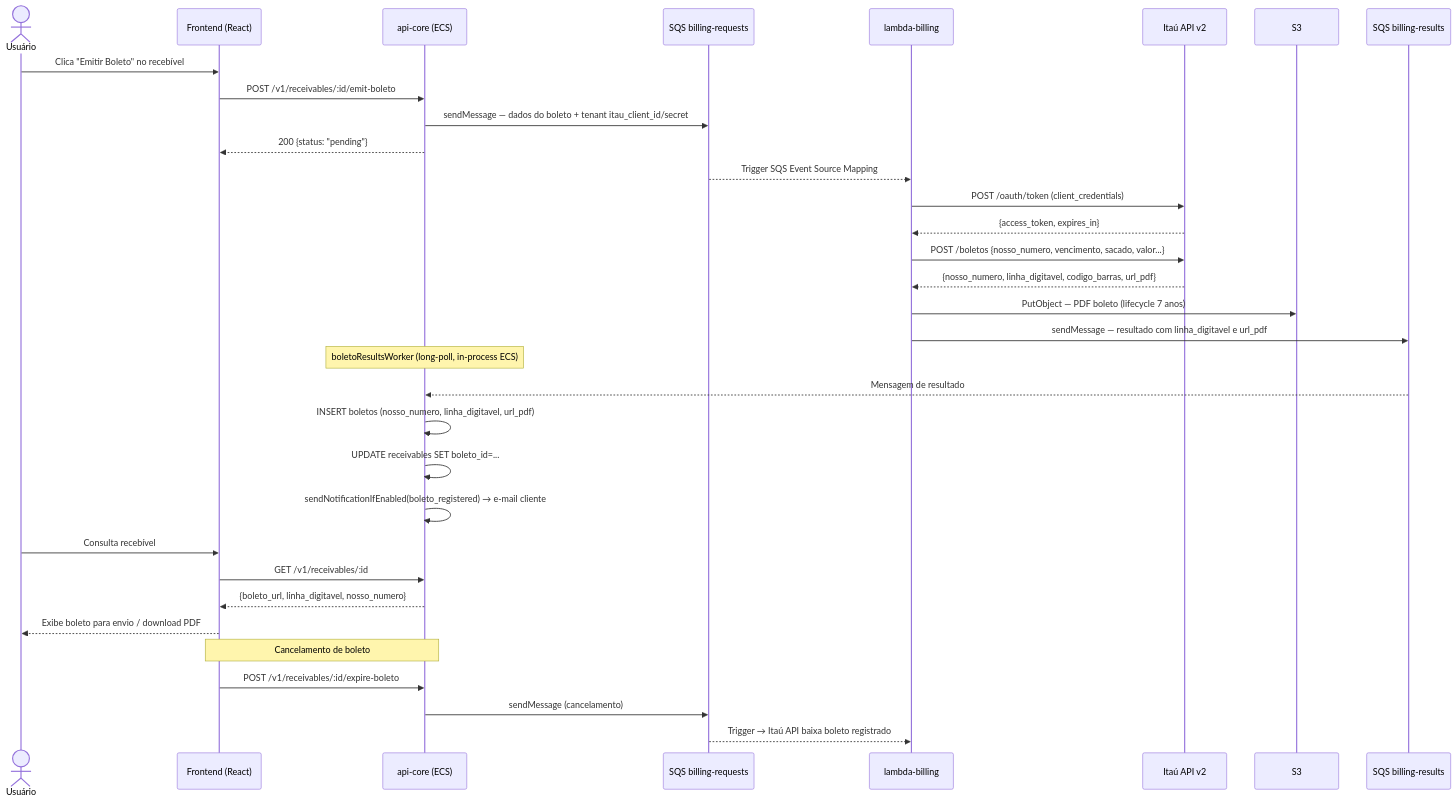
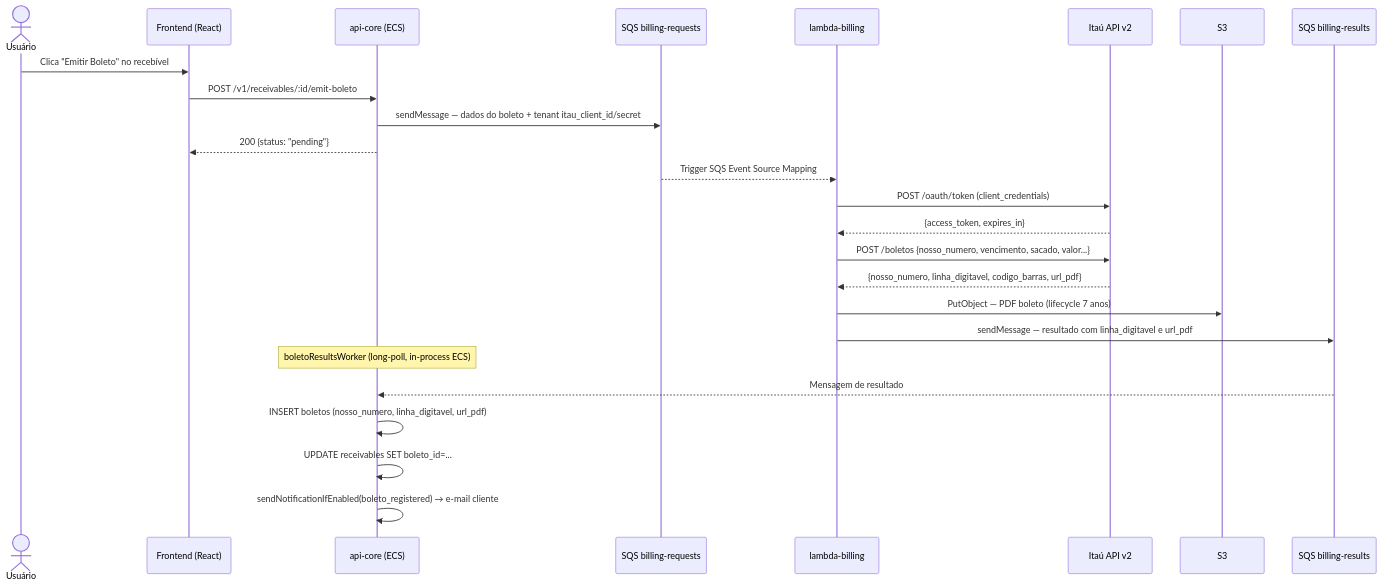
Before and after one commit to gercenioxsilva/erp-lite: the seventh of 9 diagrams in README.md, drawn with Mermaid. The commit also changed other lines of this file, not shown here.

````diff
--- a/README.md
+++ b/README.md
@@ -390,40 +428,30 @@
 ```mermaid
 sequenceDiagram
     actor U as Usuário
     participant F as Frontend (React)
     participant A as api-core (ECS)
     participant Q as SQS billing-requests
     participant L as lambda-billing
     participant I as Itaú API v2
     participant S3
     participant R as SQS billing-results
 
     U->>F: Clica "Emitir Boleto" no recebível
     F->>A: POST /v1/receivables/:id/emit-boleto
     A->>Q: sendMessage — dados do boleto + tenant itau_client_id/secret
     A-->>F: 200 {status: "pending"}
 
     Q-->>L: Trigger SQS Event Source Mapping
     L->>I: POST /oauth/token (client_credentials)
     I-->>L: {access_token, expires_in}
     L->>I: POST /boletos {nosso_numero, vencimento, sacado, valor...}
     I-->>L: {nosso_numero, linha_digitavel, codigo_barras, url_pdf}
     L->>S3: PutObject — PDF boleto (lifecycle 7 anos)
     L->>R: sendMessage — resultado com linha_digitavel e url_pdf
 
     Note over A: boletoResultsWorker (long-poll, in-process ECS)
     R-->>A: Mensagem de resultado
     A->>A: INSERT boletos (nosso_numero, linha_digitavel, url_pdf)
     A->>A: UPDATE receivables SET boleto_id=...
     A->>A: sendNotificationIfEnabled(boleto_registered) → e-mail cliente
-
-    U->>F: Consulta recebível
-    F->>A: GET /v1/receivables/:id
-    A-->>F: {boleto_url, linha_digitavel, nosso_numero}
-    F-->>U: Exibe boleto para envio / download PDF
-
-    Note over F,A: Cancelamento de boleto
-    F->>A: POST /v1/receivables/:id/expire-boleto
-    A->>Q: sendMessage (cancelamento)
-    Q-->>L: Trigger → Itaú API baixa boleto registrado
 ```
````
